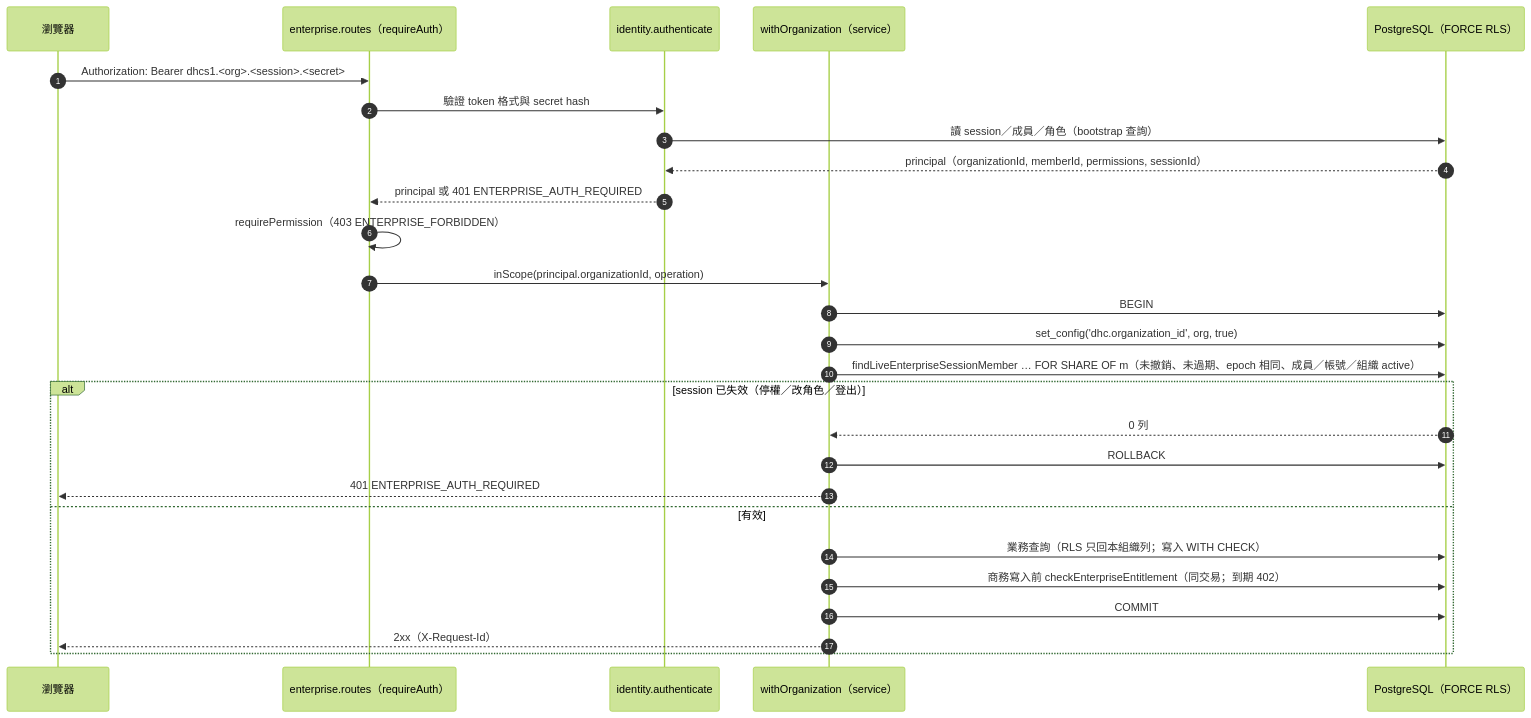
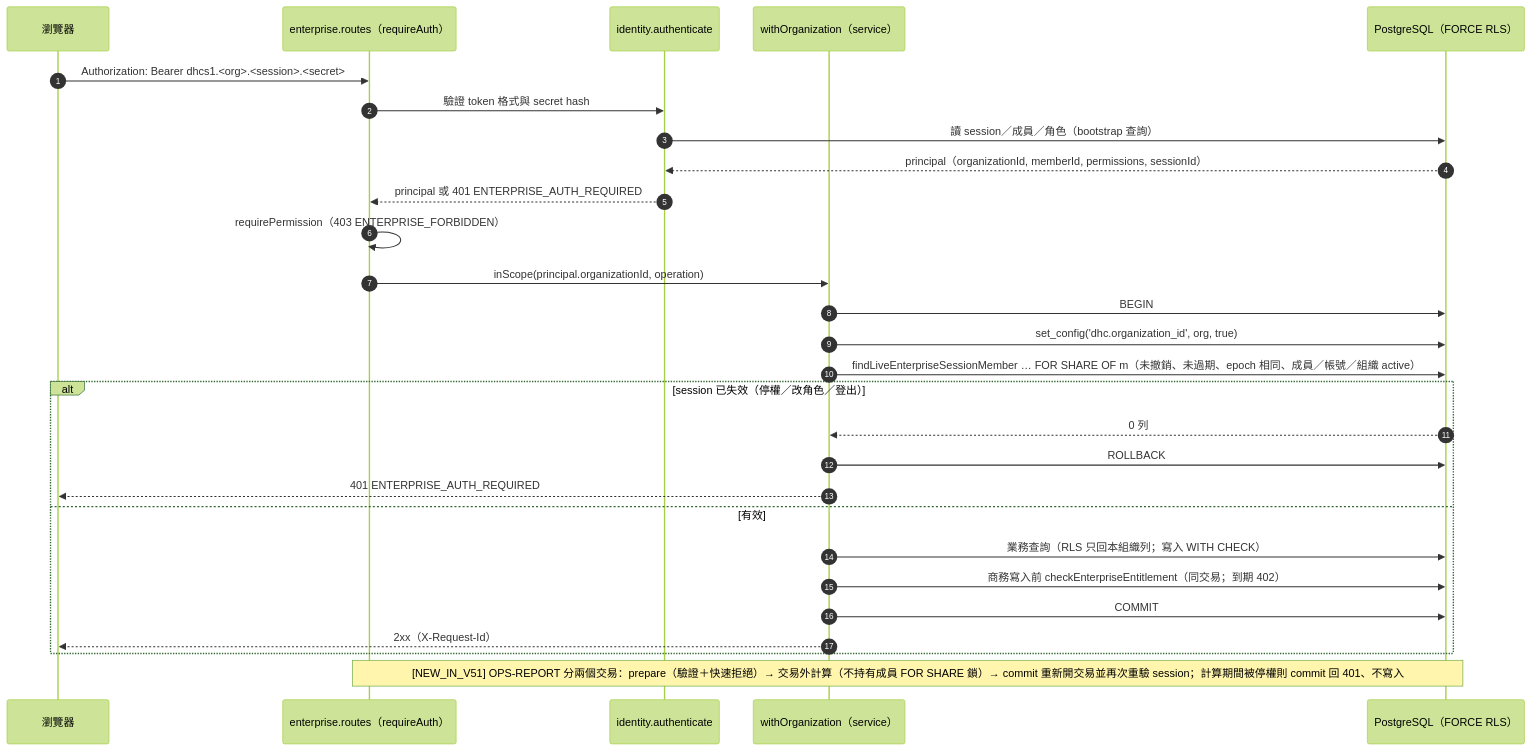
The diagram in web-ui/docs/enterprise/architecture/AUTH_RLS_SEQUENCE.mmd (hades60414-sys/DHC-AI-SYSTEM), drawn with Mermaid (forest theme) before and after one commit. The commit also changed 11 other files, not shown here.

First line of the commit message:
docs(enterprise): V5.1 architecture delta and roadmap (NEW_IN_V51)

```diff
--- a/web-ui/docs/enterprise/architecture/AUTH_RLS_SEQUENCE.mmd
+++ b/web-ui/docs/enterprise/architecture/AUTH_RLS_SEQUENCE.mmd
@@ -1,28 +1,29 @@
 %% 認證與 RLS（CURRENT；BUILDER-V4-NEW-004 session epoch 重驗）。
 sequenceDiagram
   autonumber
   participant B as 瀏覽器
   participant R as enterprise.routes（requireAuth）
   participant I as identity.authenticate
   participant S as withOrganization（service）
   participant P as PostgreSQL（FORCE RLS）
   B->>R: Authorization: Bearer dhcs1.<org>.<session>.<secret>
   R->>I: 驗證 token 格式與 secret hash
   I->>P: 讀 session／成員／角色（bootstrap 查詢）
   P-->>I: principal（organizationId, memberId, permissions, sessionId）
   I-->>R: principal 或 401 ENTERPRISE_AUTH_REQUIRED
   R->>R: requirePermission（403 ENTERPRISE_FORBIDDEN）
   R->>S: inScope(principal.organizationId, operation)
   S->>P: BEGIN
   S->>P: set_config('dhc.organization_id', org, true)
   S->>P: findLiveEnterpriseSessionMember … FOR SHARE OF m（未撤銷、未過期、epoch 相同、成員／帳號／組織 active）
   alt session 已失效（停權／改角色／登出）
     P-->>S: 0 列
     S->>P: ROLLBACK
     S-->>B: 401 ENTERPRISE_AUTH_REQUIRED
   else 有效
     S->>P: 業務查詢（RLS 只回本組織列；寫入 WITH CHECK）
     S->>P: 商務寫入前 checkEnterpriseEntitlement（同交易；到期 402）
     S->>P: COMMIT
     S-->>B: 2xx（X-Request-Id）
   end
+  Note over R,P: [NEW_IN_V51] OPS-REPORT 分兩個交易：prepare（驗證＋快速拒絕）→ 交易外計算（不持有成員 FOR SHARE 鎖）→ commit 重新開交易並再次重驗 session；計算期間被停權則 commit 回 401、不寫入
```
